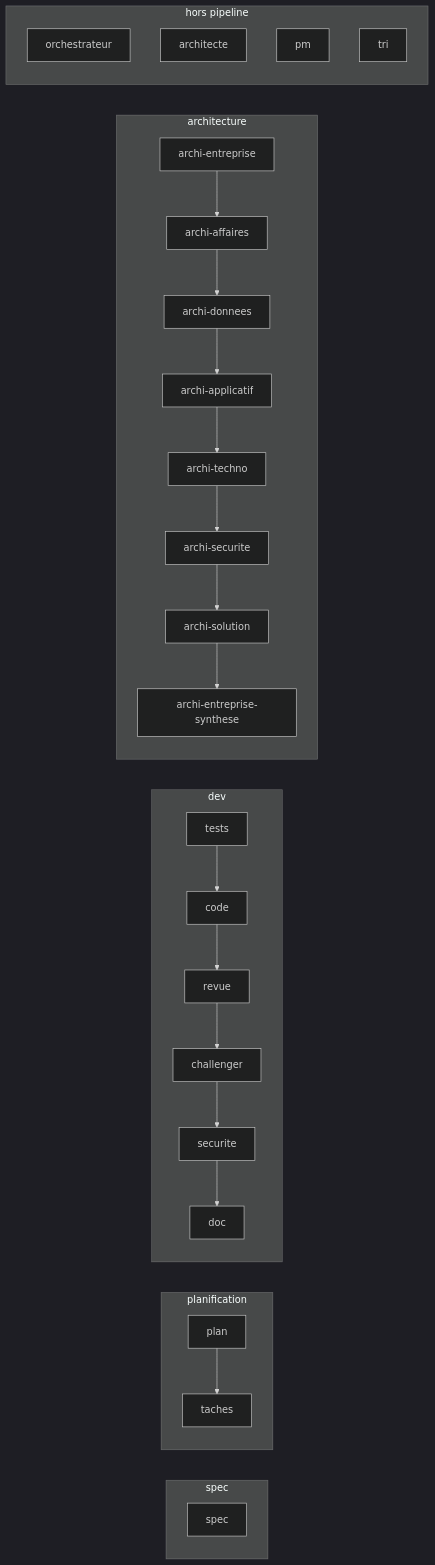
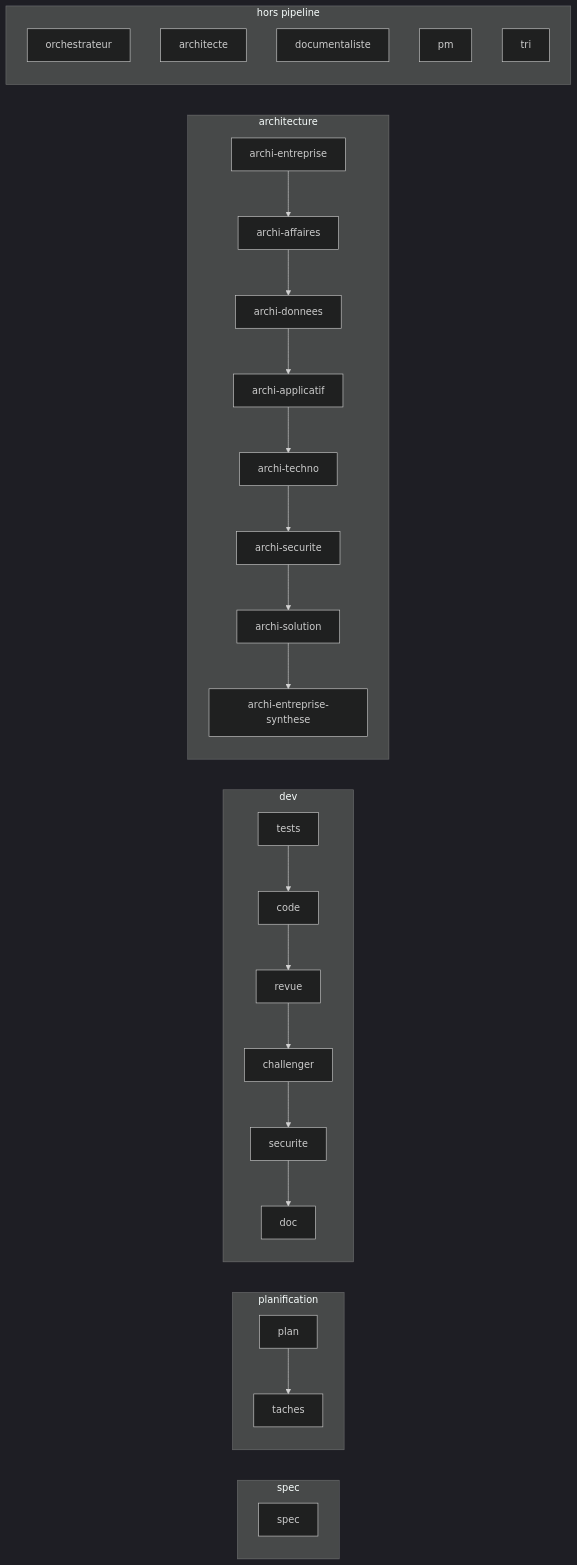
Before and after one commit to nicolaslallier/AI: the diagram in README.md, drawn with Mermaid (dark theme). The commit also changed 2 other files, not shown here.

Commit message:
feat(agents): agent documentaliste (gemma4:26b-a4b-it-qat)

````diff
--- a/README.md
+++ b/README.md
@@ -41,47 +41,48 @@
 ```mermaid
 flowchart LR
   subgraph g0["spec"]
     g0_spec["spec"]
   end
   subgraph g1["planification"]
     g1_plan["plan"]
     g1_taches["taches"]
     g1_plan --> g1_taches
   end
   subgraph g2["dev"]
     g2_tests["tests"]
     g2_code["code"]
     g2_revue["revue"]
     g2_challenger["challenger"]
     g2_securite["securite"]
     g2_doc["doc"]
     g2_tests --> g2_code
     g2_code --> g2_revue
     g2_revue --> g2_challenger
     g2_challenger --> g2_securite
     g2_securite --> g2_doc
   end
   subgraph g3["architecture"]
     g3_archi_entreprise["archi-entreprise"]
     g3_archi_affaires["archi-affaires"]
     g3_archi_donnees["archi-donnees"]
     g3_archi_applicatif["archi-applicatif"]
     g3_archi_techno["archi-techno"]
     g3_archi_securite["archi-securite"]
     g3_archi_solution["archi-solution"]
     g3_archi_entreprise_synthese["archi-entreprise-synthese"]
     g3_archi_entreprise --> g3_archi_affaires
     g3_archi_affaires --> g3_archi_donnees
     g3_archi_donnees --> g3_archi_applicatif
     g3_archi_applicatif --> g3_archi_techno
     g3_archi_techno --> g3_archi_securite
     g3_archi_securite --> g3_archi_solution
     g3_archi_solution --> g3_archi_entreprise_synthese
   end
   subgraph g4["hors pipeline"]
     g4_orchestrateur["orchestrateur"]
     g4_architecte["architecte"]
+    g4_documentaliste["documentaliste"]
     g4_pm["pm"]
     g4_tri["tri"]
   end
 ```
````
